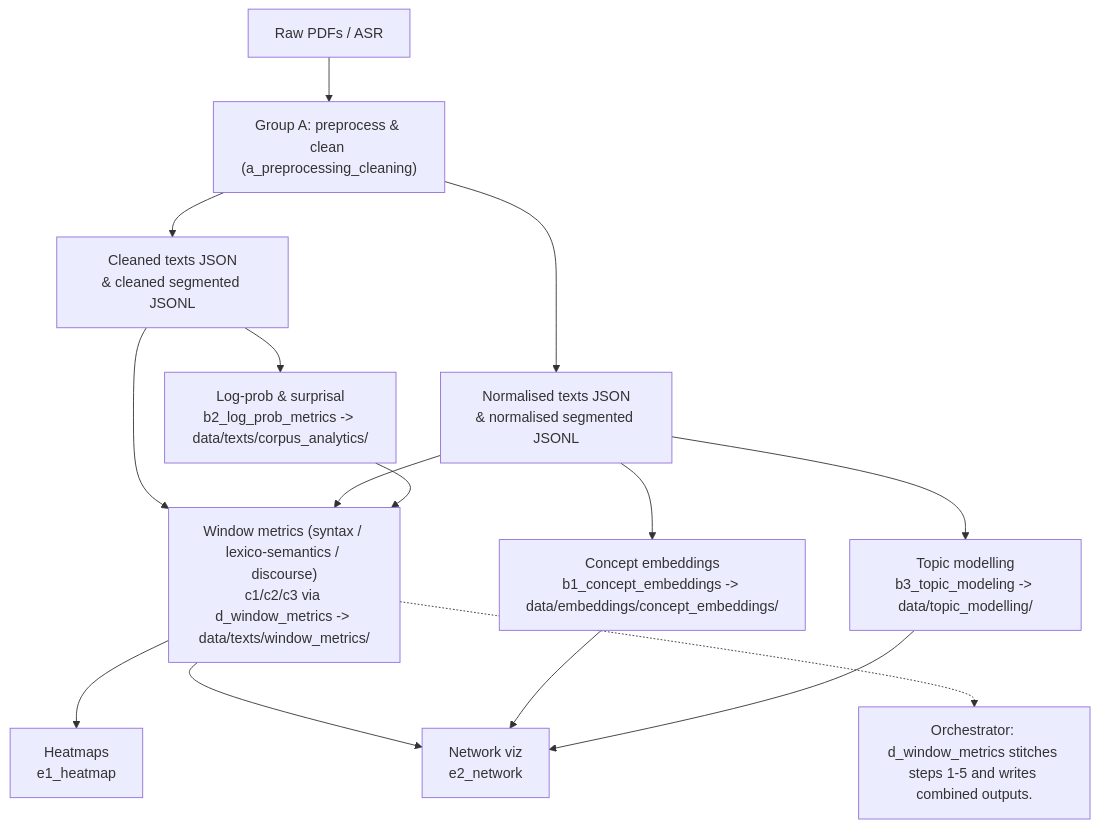
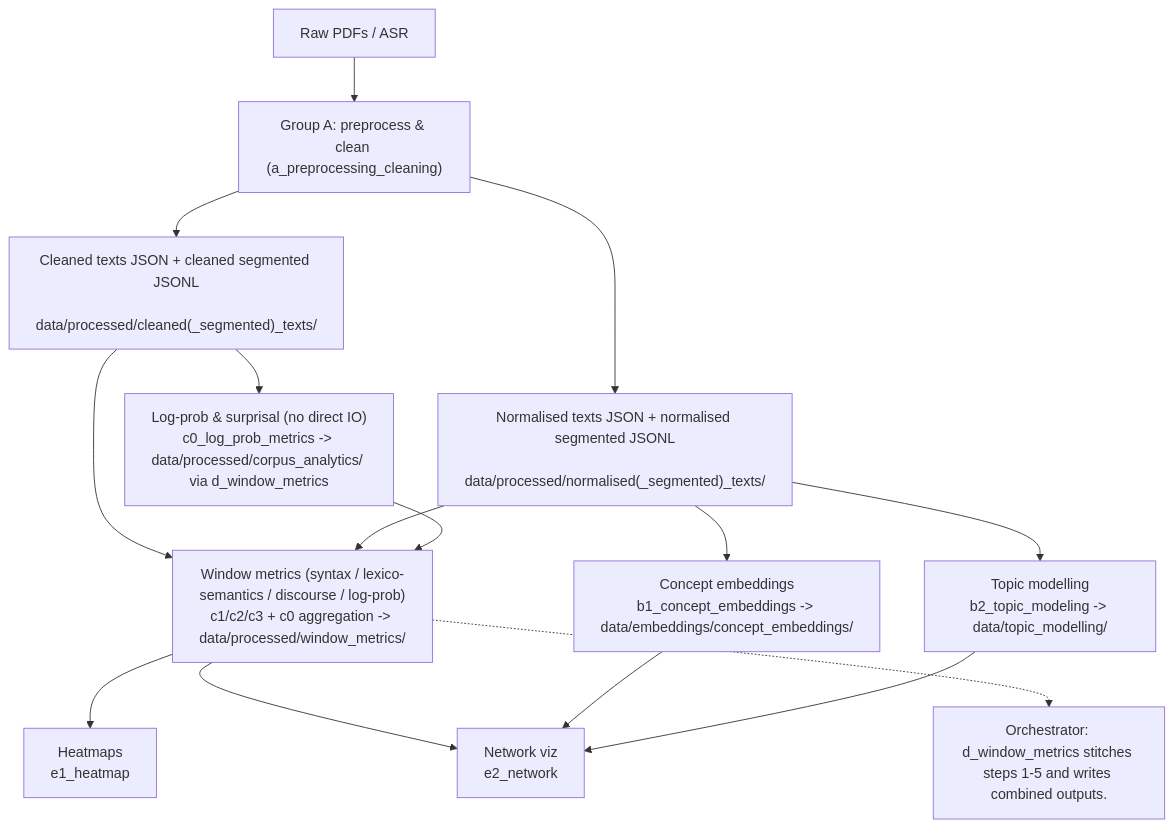
One commit to jeiwils/text_emphasis changed the diagram in README.md. Above: the diagram before and after it, drawn with Mermaid. The commit also changed other lines of this file and 52 other files, not shown here.

````diff
--- a/README.md
+++ b/README.md
@@ -27,22 +27,22 @@
 ```mermaid
 flowchart TD
   raw[Raw PDFs / ASR] --> preprocess["Group A: preprocess & clean (a_preprocessing_cleaning)"]
-  preprocess --> cleaned["Cleaned texts JSON\n& cleaned segmented JSONL"]
-  preprocess --> normalised["Normalised texts JSON\n& normalised segmented JSONL"]
+  preprocess --> cleaned["Cleaned texts JSON + cleaned segmented JSONL\n data/processed/cleaned(_segmented)_texts/"]
+  preprocess --> normalised["Normalised texts JSON + normalised segmented JSONL\n data/processed/normalised(_segmented)_texts/"]
 
   normalised --> embeddings["Concept embeddings\nb1_concept_embeddings -> data/embeddings/concept_embeddings/"]
-  normalised --> topics["Topic modelling\nb3_topic_modeling -> data/topic_modelling/"]
-  cleaned --> logprob["Log-prob & surprisal\nb2_log_prob_metrics -> data/texts/corpus_analytics/"]
+  normalised --> topics["Topic modelling\nb2_topic_modeling -> data/topic_modelling/"]
+  cleaned --> logprob["Log-prob & surprisal (no direct IO)\nc0_log_prob_metrics -> data/processed/corpus_analytics/ via d_window_metrics"]
 
-  cleaned --> windowed["Window metrics (syntax / lexico-semantics / discourse)\nc1/c2/c3 via d_window_metrics -> data/texts/window_metrics/"]
+  cleaned --> windowed["Window metrics (syntax / lexico-semantics / discourse / log-prob)\nc1/c2/c3 + c0 aggregation -> data/processed/window_metrics/"]
   normalised --> windowed
   logprob --> windowed
 
   windowed --> heatmap["Heatmaps\n e1_heatmap"]
   windowed --> network["Network viz\n e2_network"]
   embeddings --> network
   topics --> network
 
   note["Orchestrator: d_window_metrics stitches steps 1-5 and writes combined outputs."]
   windowed -.-> note
 ```
````
